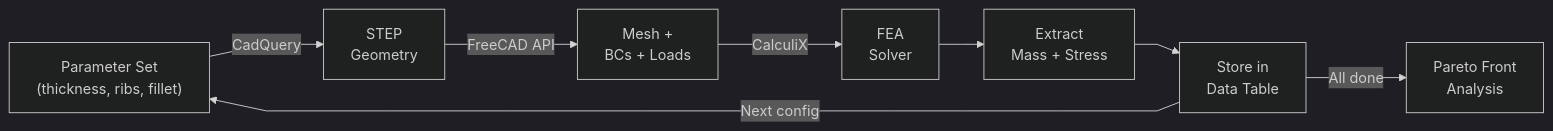
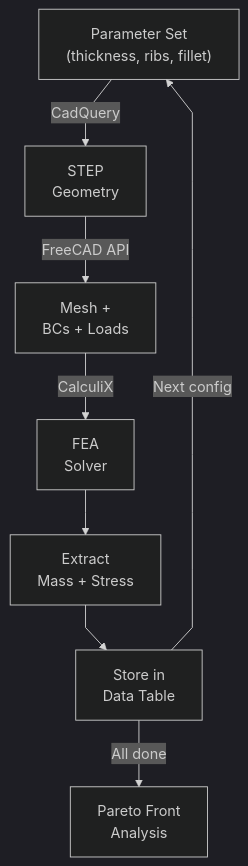
Before and after one commit to SiliconWit/code-based-mechanical-design: the diagram in fea-driven-structural-optimization.mdx, drawn with Mermaid (dark theme).

Commit message:
Convert horizontal mermaid flowchart to vertical for better mobile readability

````diff
--- a/fea-driven-structural-optimization.mdx
+++ b/fea-driven-structural-optimization.mdx
@@ -47,11 +47,11 @@
 ```mermaid
 %%{init: {'flowchart': {'curve': 'linear'}}}%%
-flowchart LR
+flowchart TD
     A["Parameter Set\n(thickness, ribs, fillet)"] -->|CadQuery| B["STEP\nGeometry"]
     B -->|FreeCAD API| C["Mesh +\nBCs + Loads"]
     C -->|CalculiX| D["FEA\nSolver"]
     D --> E["Extract\nMass + Stress"]
     E --> F["Store in\nData Table"]
     F -->|Next config| A
     F -->|All done| G["Pareto Front\nAnalysis"]
 ```
````
